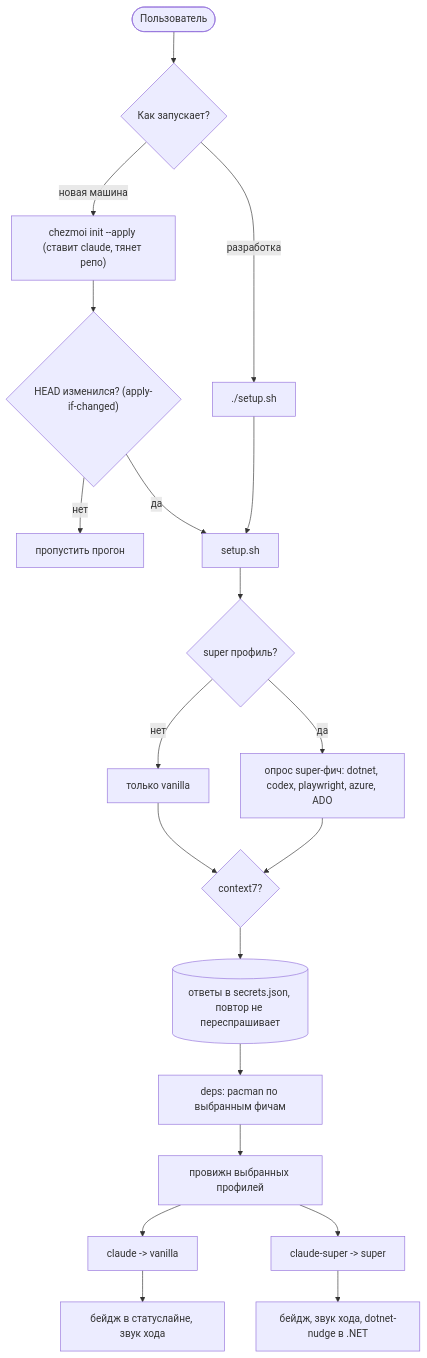
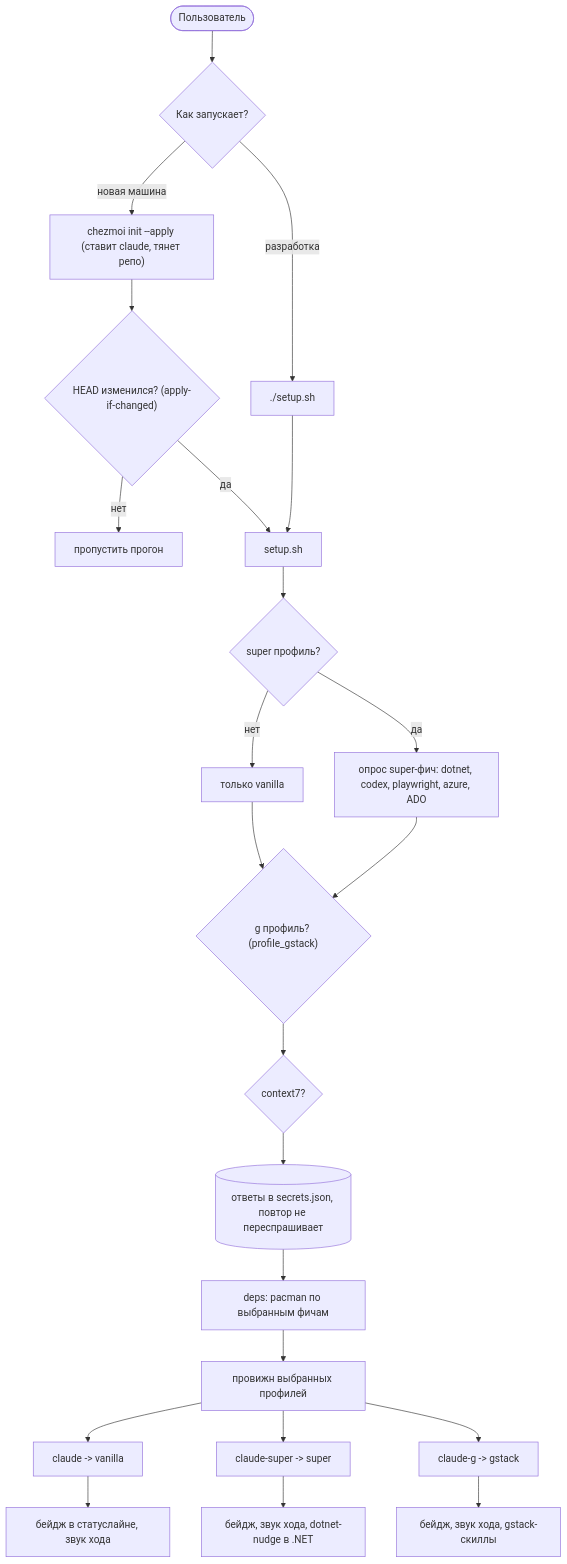
One commit to stpntkhnv/claudefiles changed the diagram in docs/user-flow.md. Above: the diagram before and after it, drawn with Mermaid. The commit also changed 6 other files, not shown here.

````diff
--- a/docs/user-flow.md
+++ b/docs/user-flow.md
@@ -7,25 +7,28 @@
 ```mermaid
 flowchart TD
   start([Пользователь]) --> how{"Как запускает?"}
   how -->|"новая машина"| chez["chezmoi init --apply (ставит claude, тянет репо)"]
   how -->|"разработка"| direct["./setup.sh"]
 
   chez --> gate{"HEAD изменился? (apply-if-changed)"}
   gate -->|нет| skip["пропустить прогон"]
   gate -->|да| run
   direct --> run["setup.sh"]
 
   run --> q{"super профиль?"}
   q -->|нет| onlyv["только vanilla"]
   q -->|да| feats["опрос super-фич: dotnet, codex, playwright, azure, ADO"]
-  onlyv --> c7{"context7?"}
-  feats --> c7
+  onlyv --> g{"g профиль? (profile_gstack)"}
+  feats --> g
+  g --> c7{"context7?"}
   c7 --> persist[("ответы в secrets.json, повтор не переспрашивает")]
 
   persist --> deps["deps: pacman по выбранным фичам"]
   deps --> provision["провижн выбранных профилей"]
   provision --> out1["claude -> vanilla"]
   provision --> out2["claude-super -> super"]
+  provision --> out3["claude-g -> gstack"]
   out1 --> ux1["бейдж в статуслайне, звук хода"]
   out2 --> ux2["бейдж, звук хода, dotnet-nudge в .NET"]
+  out3 --> ux3["бейдж, звук хода, gstack-скиллы"]
 ```
````
